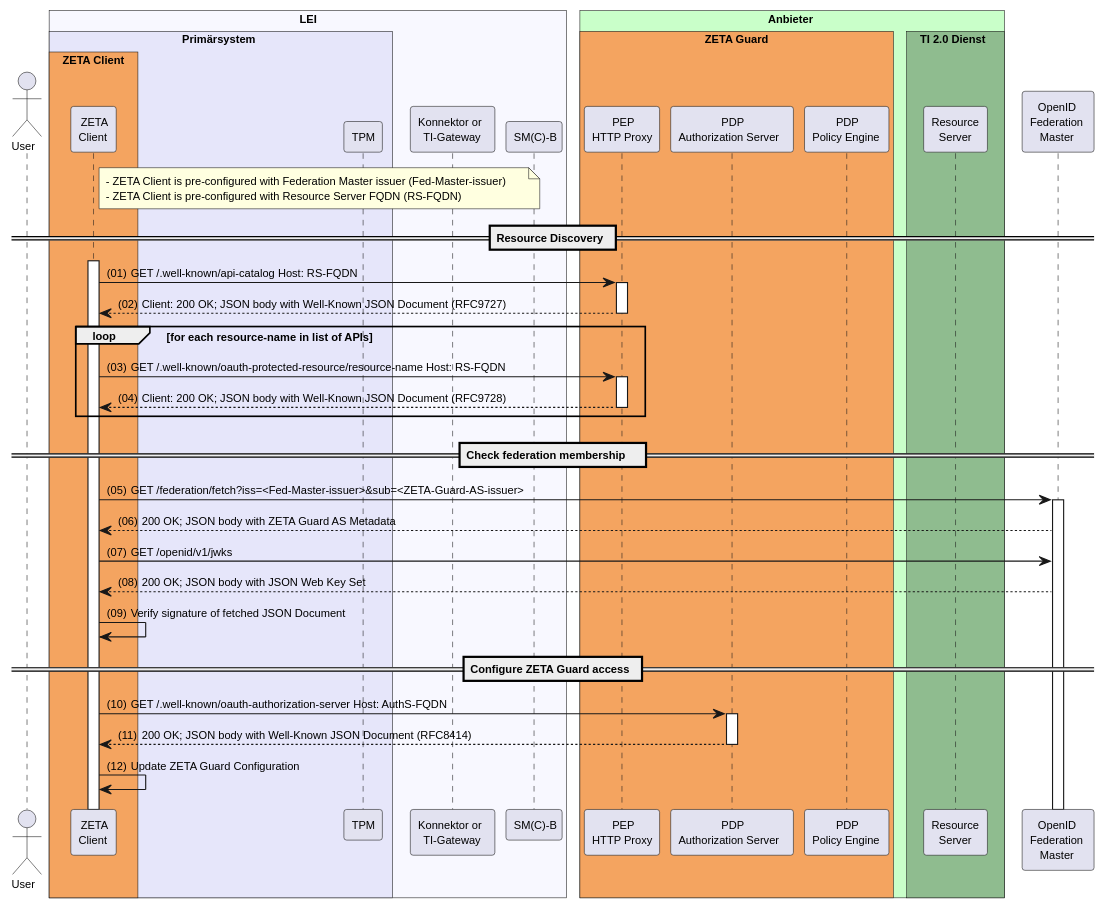
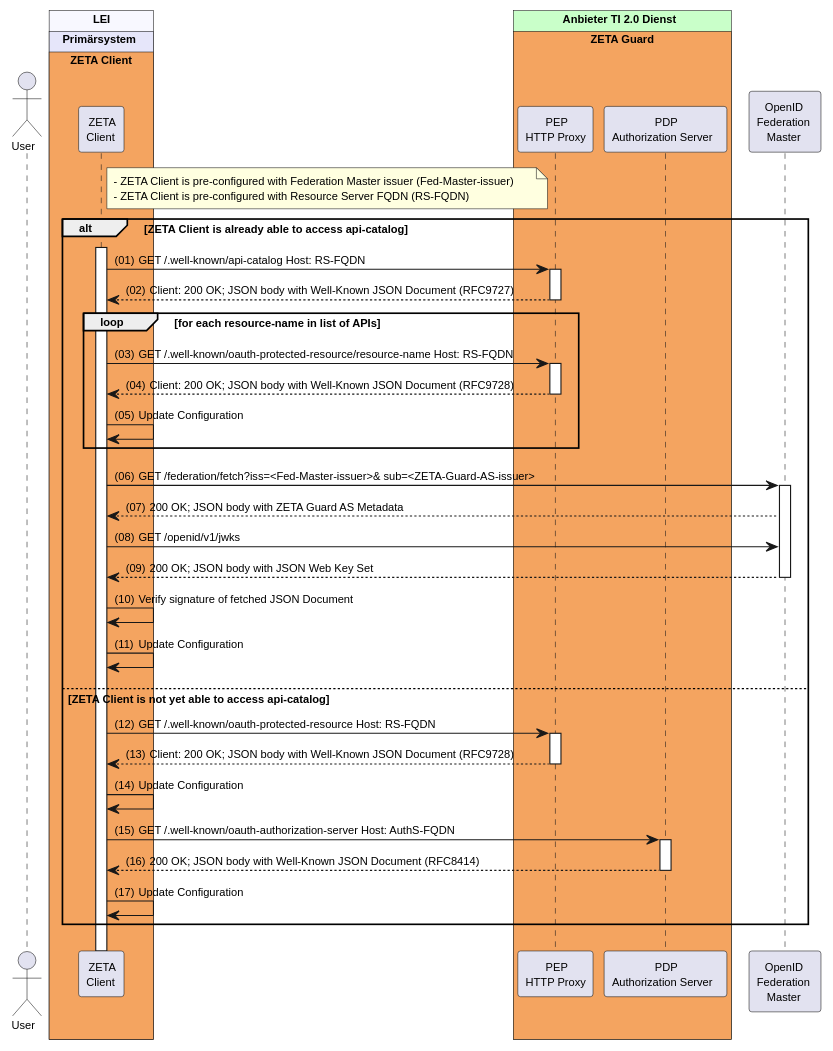
Before and after one commit to gematik/zeta: the diagram in src/plantuml/discovery-and-configuration/discovery-and-configuration.puml, drawn with PlantUML.

Commit message:
refactor: update ZETA Client and ZETA Guard interaction diagram for clarity and consistency

```diff
--- a/src/plantuml/discovery-and-configuration/discovery-and-configuration.puml
+++ b/src/plantuml/discovery-and-configuration/discovery-and-configuration.puml
@@ -1,66 +1,66 @@
 @startuml "discovery-and-configuration"
 autonumber "(00)"
 skinparam defaultFontSize 10
 skinparam defaultFontName Helvetica
 skinparam DefaultMonospacedFontName Courier
 skinparam lengthAdjust none
 skinparam sequenceReferenceBackgroundColor White
 skinparam SequenceReferenceFontSize 12
 /'skinparam SequenceReferenceFontStyle bold
 '/
 
 
 !pragma teoz true
 
 Actor User
 box "LEI" #GhostWhite
   box "Primärsystem" #Lavender
     box "ZETA Client" #SandyBrown
       participant Client as "ZETA\nClient"
     end box
-    participant TPM as "TPM"
   end box
-  participant Konnektor as "Konnektor or\nTI-Gateway"
-  participant SMB as "SM(C)-B"
 end box
 
-box "Anbieter" #TECHNOLOGY
+box "Anbieter TI 2.0 Dienst" #TECHNOLOGY
   box "ZETA Guard" #SandyBrown
     participant HP as "PEP\nHTTP Proxy"
     participant AuthS as "PDP\nAuthorization Server" 
-    participant PE as "PDP\nPolicy Engine"
   end box
-    box TI 2.0 Dienst #DarkSeaGreen
-      participant RS as "Resource\nServer"
-    end box
 end box
 
 participant FM as "OpenID\nFederation\nMaster"
 
 note right of Client #LightYellow
   - ZETA Client is pre-configured with Federation Master issuer (Fed-Master-issuer)
   - ZETA Client is pre-configured with Resource Server FQDN (RS-FQDN)
 end note
-== Resource Discovery ==
-Client ++
-Client -> HP++: GET /.well-known/api-catalog Host: RS-FQDN
-HP --> Client--: Client: 200 OK; JSON body with Well-Known JSON Document (RFC9727)
-loop for each resource-name in list of APIs
-  Client -> HP ++ : GET /.well-known/oauth-protected-resource/resource-name Host: RS-FQDN
-  HP --> Client--: Client: 200 OK; JSON body with Well-Known JSON Document (RFC9728)
+
+alt ZETA Client is already able to access api-catalog
+  Client ++
+  Client -> HP++: GET /.well-known/api-catalog Host: RS-FQDN
+  HP --> Client--: Client: 200 OK; JSON body with Well-Known JSON Document  (RFC9727)
+  loop for each resource-name in list of APIs
+    Client -> HP ++ : GET /.well-known/oauth-protected-resource/resource-name   Host: RS-FQDN
+    HP --> Client--: Client: 200 OK; JSON body with Well-Known JSON Document  (RFC9728)
+    Client -> Client: Update Configuration
+  end
+
+  Client -> FM++: GET /federation/fetch?iss=<Fed-Master-issuer>&  sub=<ZETA-Guard-AS-issuer>
+  FM --> Client : 200 OK; JSON body with ZETA Guard AS Metadata
+  Client -> FM: GET /openid/v1/jwks
+  FM --> Client--: 200 OK; JSON body with JSON Web Key Set
+  Client -> Client: Verify signature of fetched JSON Document
+  Client -> Client: Update Configuration
+
+else ZETA Client is not yet able to access api-catalog
+
+  Client -> HP ++ : GET /.well-known/oauth-protected-resource Host: RS-FQDN
+  HP --> Client--: Client: 200 OK; JSON body with Well-Known JSON Document  (RFC9728)
+  Client -> Client: Update Configuration
+
+  Client -> AuthS ++ : GET /.well-known/oauth-authorization-server Host:  AuthS-FQDN
+  AuthS --> Client -- : 200 OK; JSON body with Well-Known JSON Document   (RFC8414)
+
+  Client -> Client: Update Configuration
 end
-== Check federation membership ==
-
-Client -> FM++: GET /federation/fetch?iss=<Fed-Master-issuer>&sub=<ZETA-Guard-AS-issuer>
-FM --> Client : 200 OK; JSON body with ZETA Guard AS Metadata
-Client -> FM: GET /openid/v1/jwks
-FM --> Client: 200 OK; JSON body with JSON Web Key Set
-Client -> Client: Verify signature of fetched JSON Document
-== Configure ZETA Guard access ==
-
-Client -> AuthS ++ : GET /.well-known/oauth-authorization-server Host: AuthS-FQDN
-AuthS --> Client -- : 200 OK; JSON body with Well-Known JSON Document (RFC8414)
-
-Client -> Client: Update ZETA Guard Configuration
-
 @enduml
```
